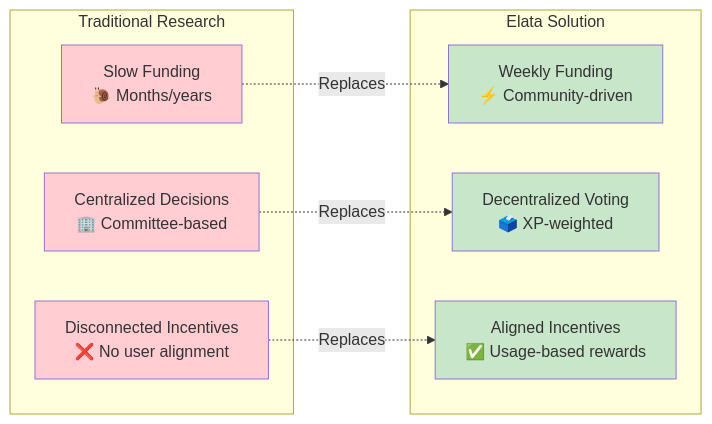
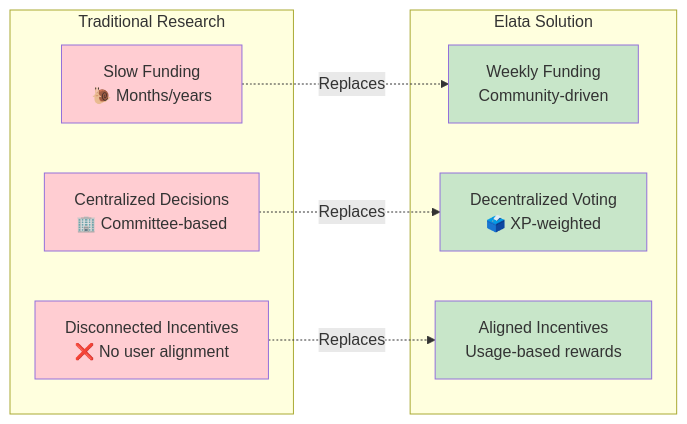
One commit to Elata-Biosciences/elata-protocol changed the first of 10 diagrams in README.md. Above: the diagram before and after it, drawn with Mermaid. The commit also changed other lines of this file and 21 other files, not shown here.

````diff
--- a/README.md
+++ b/README.md
@@ -19,25 +19,25 @@
 ```mermaid
 graph LR
     subgraph "Traditional Research"
         T1[Slow Funding<br/>🐌 Months/years]
         T2[Centralized Decisions<br/>🏢 Committee-based]
         T3[Disconnected Incentives<br/>❌ No user alignment]
     end
     
     subgraph "Elata Solution"
-        S1[Weekly Funding<br/>⚡ Community-driven]
+        S1[Weekly Funding<br/> Community-driven]
         S2[Decentralized Voting<br/>🗳️ XP-weighted]
-        S3[Aligned Incentives<br/>✅ Usage-based rewards]
+        S3[Aligned Incentives<br/> Usage-based rewards]
     end
     
     T1 -.->|Replaces| S1
     T2 -.->|Replaces| S2
     T3 -.->|Replaces| S3
     
     style T1 fill:#ffcdd2
     style T2 fill:#ffcdd2
     style T3 fill:#ffcdd2
     style S1 fill:#c8e6c9
     style S2 fill:#c8e6c9
     style S3 fill:#c8e6c9
 ```
````
